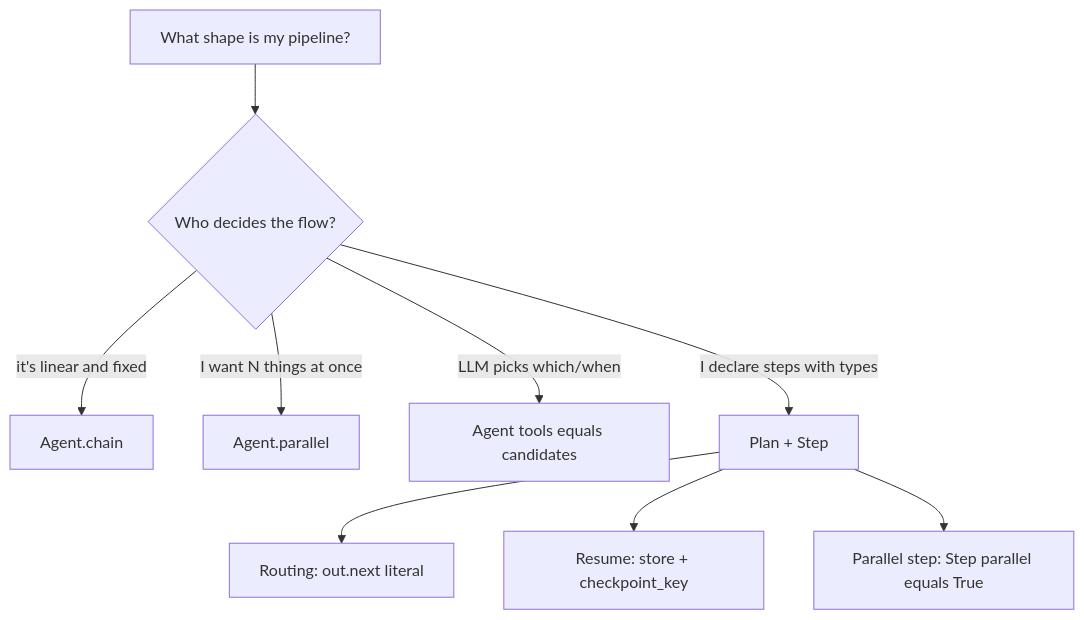
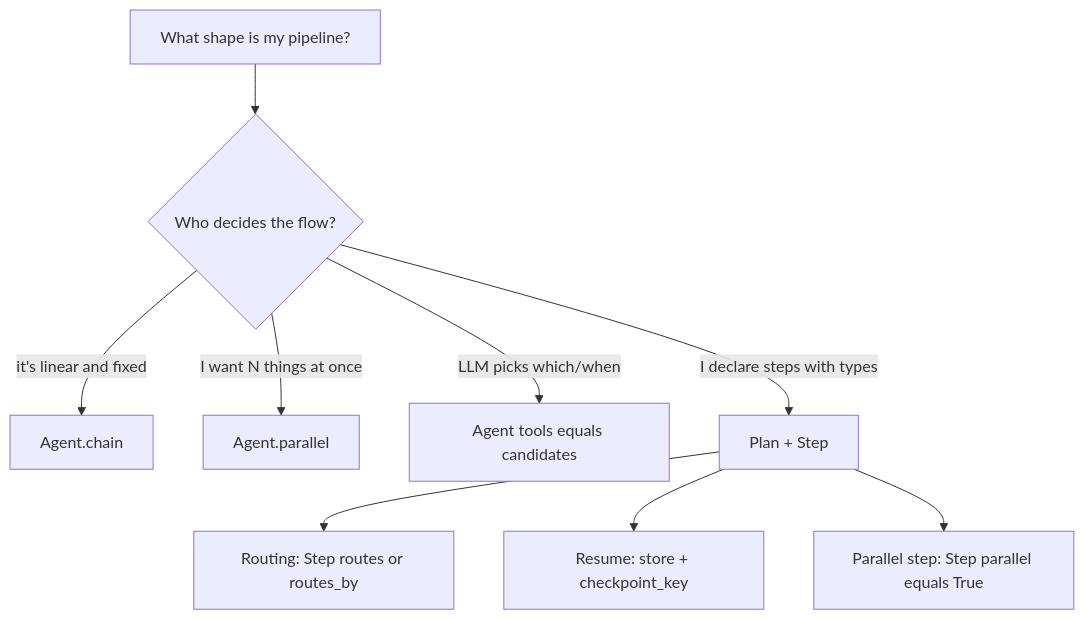
One commit to selvaz/LazyBridge changed the diagram in docs/decisions/composition.md. Above: the diagram before and after it, drawn with Mermaid. The commit also changed 18 other files, not shown here.

````diff
--- a/docs/decisions/composition.md
+++ b/docs/decisions/composition.md
@@ -3,11 +3,11 @@
 ```mermaid
 flowchart TD
     A[What shape is my pipeline?] --> B{Who decides the flow?}
     B -->|it's linear and fixed| C[Agent.chain]
     B -->|I want N things at once| D[Agent.parallel]
     B -->|LLM picks which/when| E[Agent tools equals candidates]
     B -->|I declare steps with types| F[Plan + Step]
-    F --> F1[Routing: out.next literal]
+    F --> F1[Routing: Step routes or routes_by]
     F --> F2[Resume: store + checkpoint_key]
     F --> F3[Parallel step: Step parallel equals True]
 ```
````
